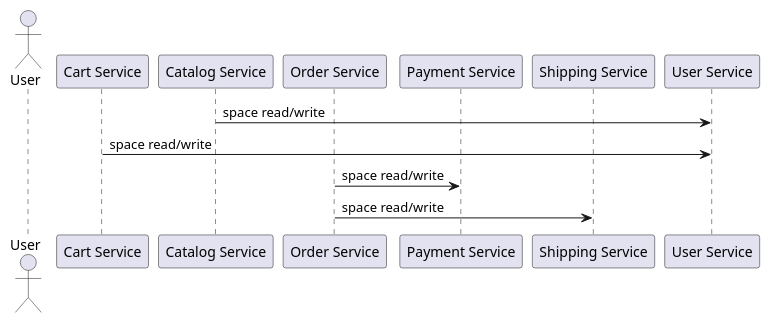
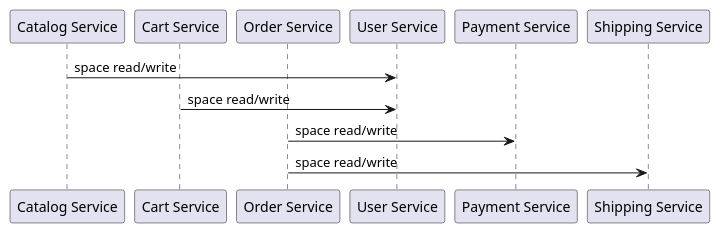
Before and after one commit to alessiagatto/documenter-agent: the diagram in docs/generated/diagrams/sequence_diagram.puml, drawn with PlantUML. The commit also changed 5 other files, not shown here.

Commit message:
Integrazione pipeline completa di generazione UML con supporto Vision opzionale e gestione stabile dei timeout

```diff
--- a/docs/generated/diagrams/sequence_diagram.puml
+++ b/docs/generated/diagrams/sequence_diagram.puml
@@ -1,14 +1,13 @@
 @startuml
-actor "User" as User
+participant "Catalog Service" as CatalogService
 participant "Cart Service" as CartService
-participant "Catalog Service" as CatalogService
 participant "Order Service" as OrderService
+participant "User Service" as UserService
 participant "Payment Service" as PaymentService
 participant "Shipping Service" as ShippingService
-participant "User Service" as UserService
 
 CatalogService -> UserService : space read/write
 CartService -> UserService : space read/write
 OrderService -> PaymentService : space read/write
 OrderService -> ShippingService : space read/write
 @enduml
```
